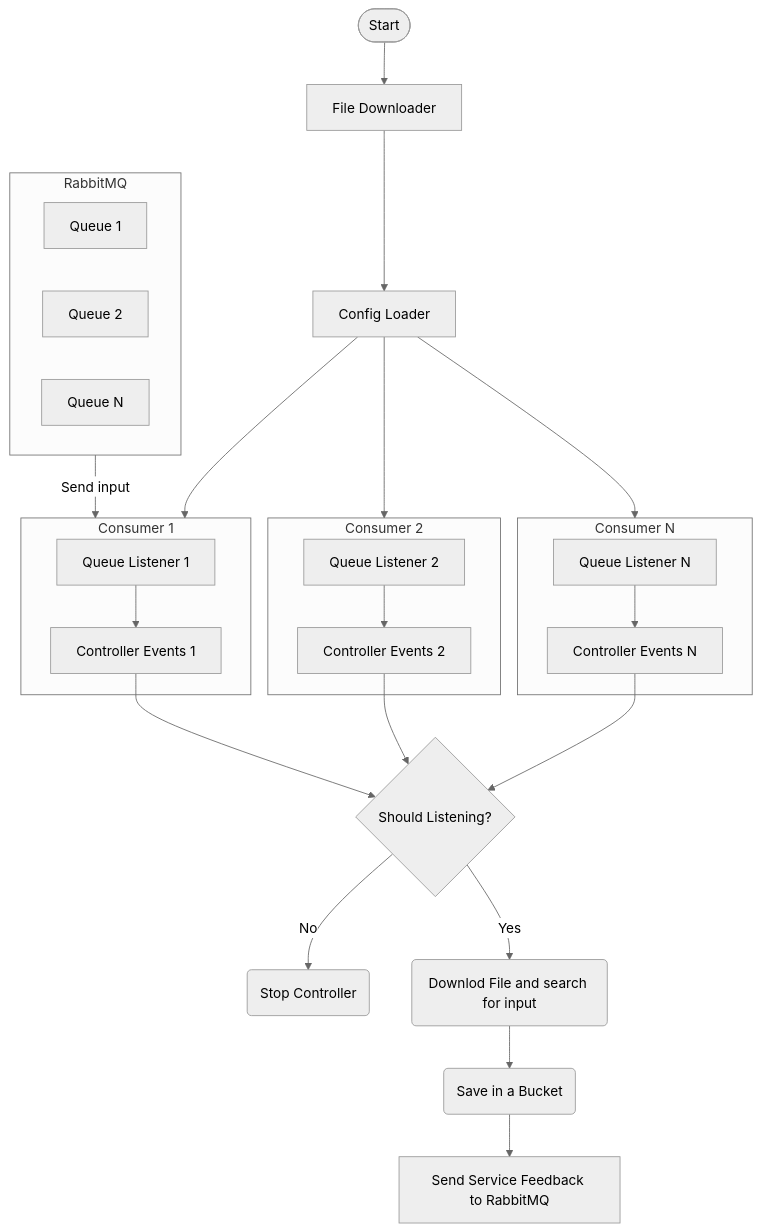
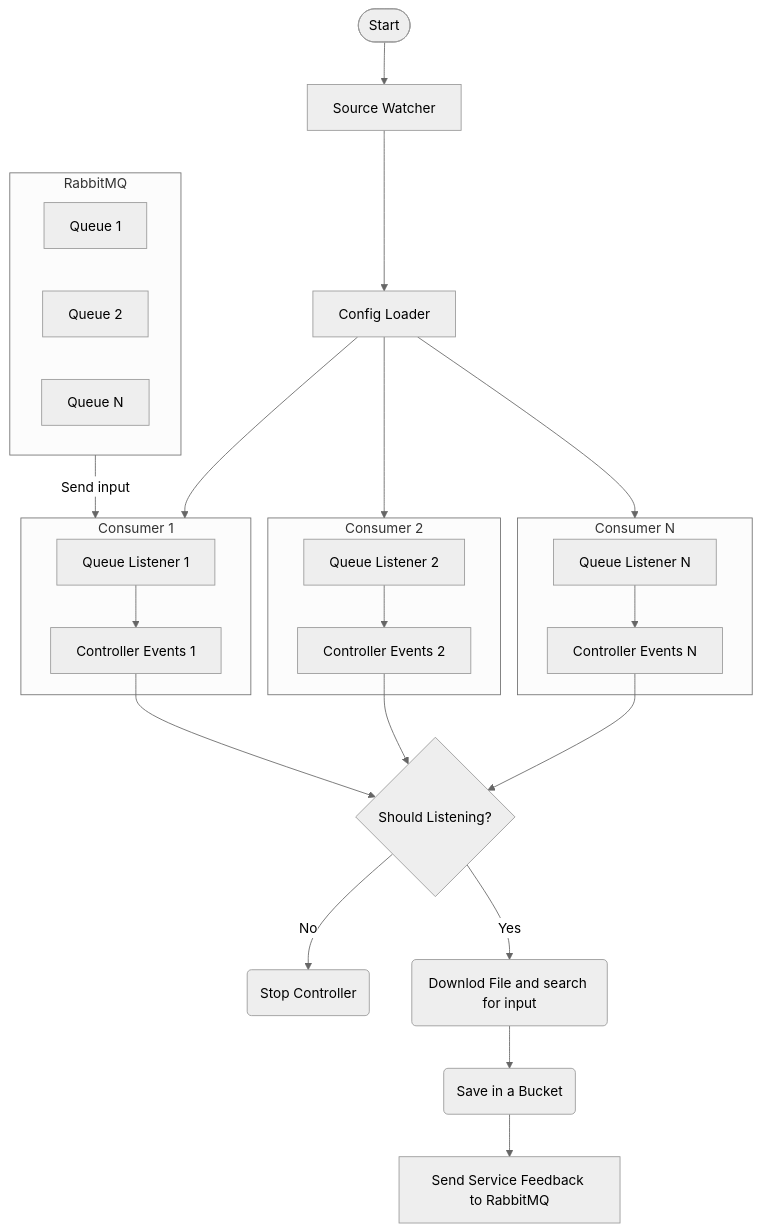
One commit to FabioCaffarello/nx-events-lake changed the diagram in apps/process-input/source-watcher/docs/diagram/diagram.md. Above: the diagram before and after it, drawn with Mermaid (neutral theme). The commit also changed 7 other files, not shown here.

````diff
--- a/apps/process-input/source-watcher/docs/diagram/diagram.md
+++ b/apps/process-input/source-watcher/docs/diagram/diagram.md
@@ -1,46 +1,46 @@
 ```mermaid
 flowchart TB
- A([Start]) --> Service[File Downloader]
+ A([Start]) --> Service[Source Watcher]
  Service --> Config_Loader[Config Loader]
 
  subgraph Consumer_1[Consumer 1]
     Queue_Listener_1[Queue Listener 1]
     Controller_Events_1[Controller Events 1]
  end
  subgraph Consumer_2[Consumer 2]
     Queue_Listener_2[Queue Listener 2]
     Controller_Events_2[Controller Events 2]
  end
  subgraph Consumer_N[Consumer N]
     Queue_Listener_N[Queue Listener N]
     Controller_Events_N[Controller Events N]
  end
 
  subgraph RabbitMQ[RabbitMQ]
     Queue_1[Queue 1]
     Queue_2[Queue 2]
     Queue_N[Queue N]
  end
 
 Config_Loader --> Consumer_1
 Config_Loader --> Consumer_2
 Config_Loader --> Consumer_N
 
 RabbitMQ --> |Send input|Consumer_1
 
 Queue_Listener_1 --> Controller_Events_1
 Queue_Listener_2 --> Controller_Events_2
 Queue_Listener_N --> Controller_Events_N
 
 Controller_Events_1 --> Should_Listening{Should Listening?}
 Controller_Events_2 --> Should_Listening{Should Listening?}
 Controller_Events_N --> Should_Listening{Should Listening?}
 
 Should_Listening --> |No|Stop_Controller(Stop Controller)
 Should_Listening --> |Yes|Run_Job(Downlod File and search for input)
 
 Run_Job --> Store(Save in a Bucket)
 
 Store --> Publish_Feedback[Send Service Feedback to RabbitMQ]
 
 ```
````
